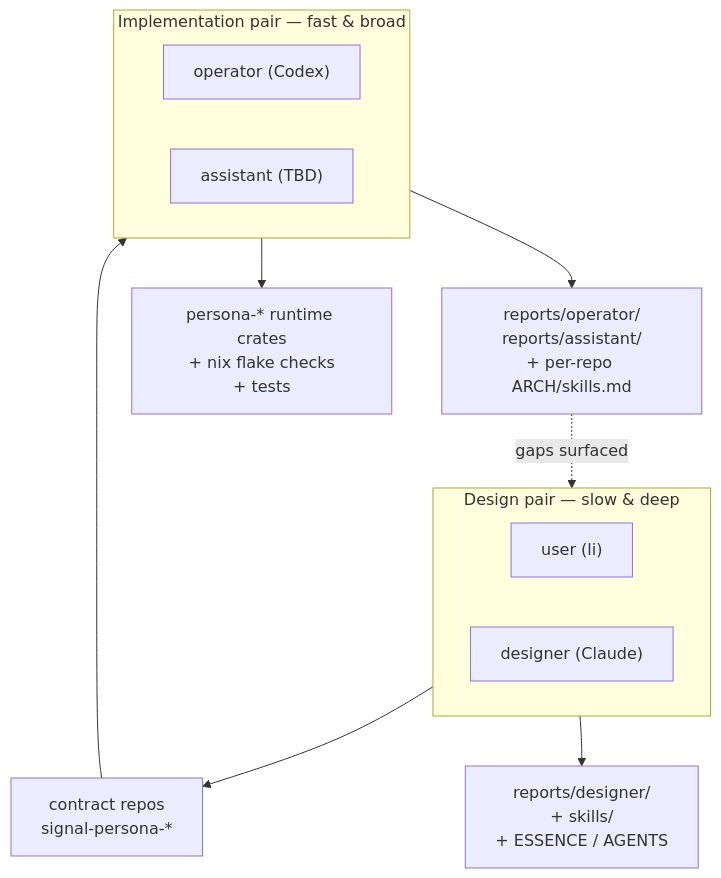
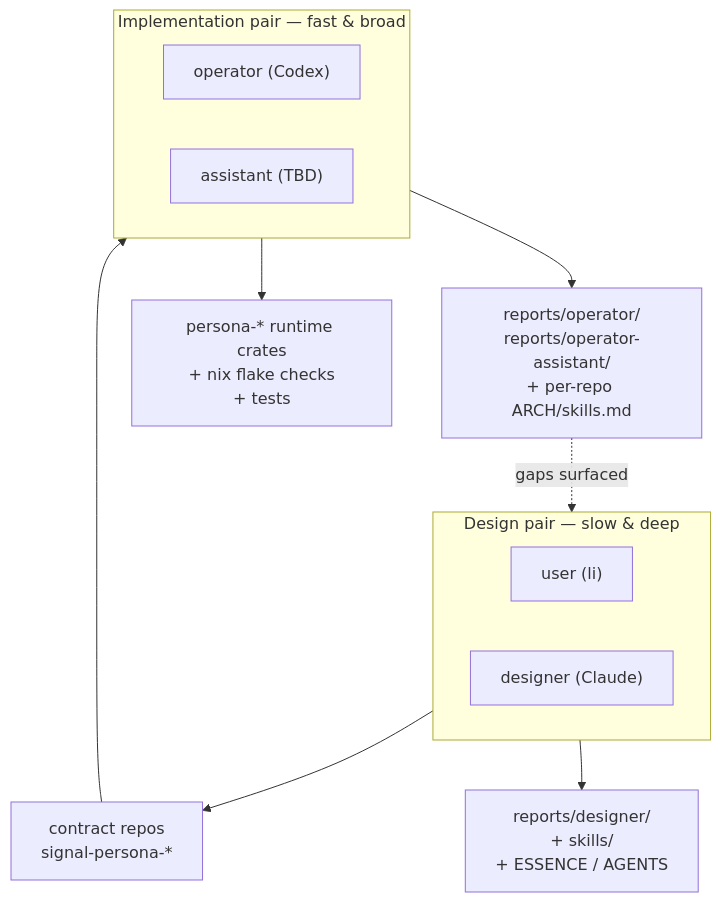
The first of 4 diagrams in reports/designer/81-three-agent-orchestration-with-assistant-role.md (LiGoldragon/primary), drawn with Mermaid before and after one commit. The commit also changed other lines of this file and 31 other files, not shown here.

````diff
--- a/reports/designer/81-three-agent-orchestration-with-assistant-role.md
+++ b/reports/designer/81-three-agent-orchestration-with-assistant-role.md
@@ -21,24 +21,24 @@
 ```mermaid
 flowchart TB
     subgraph design["Design pair — slow & deep"]
         user["user (li)"]
         claude["designer (Claude)"]
     end
 
     subgraph impl["Implementation pair — fast & broad"]
         codex["operator (Codex)"]
         assistant["assistant (TBD)"]
     end
 
     contracts["contract repos<br/>signal-persona-*"]
     reports_d["reports/designer/<br/>+ skills/<br/>+ ESSENCE / AGENTS"]
-    reports_i["reports/operator/<br/>reports/assistant/<br/>+ per-repo ARCH/skills.md"]
+    reports_i["reports/operator/<br/>reports/operator-assistant/<br/>+ per-repo ARCH/skills.md"]
     code["persona-* runtime crates<br/>+ nix flake checks<br/>+ tests"]
 
     design --> contracts
     design --> reports_d
     contracts --> impl
     impl --> code
     impl --> reports_i
     reports_i -.->|gaps surfaced| design
 ```
````
